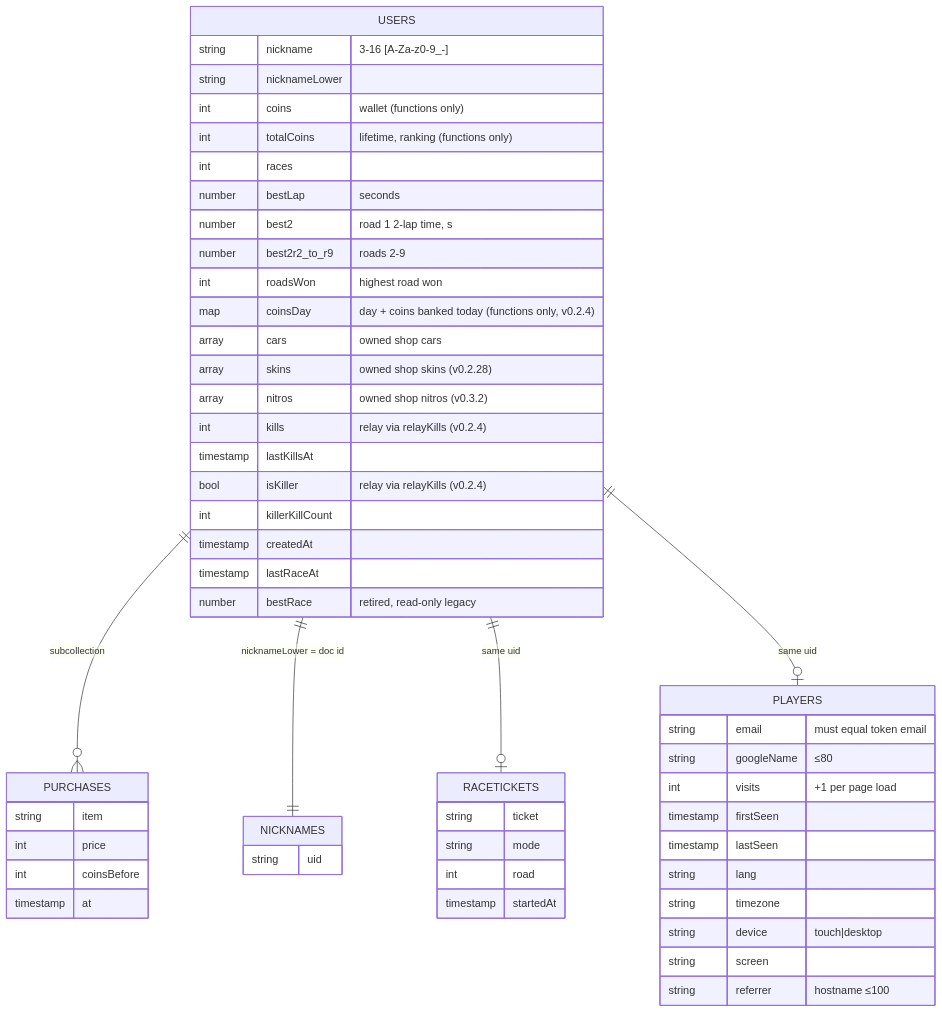
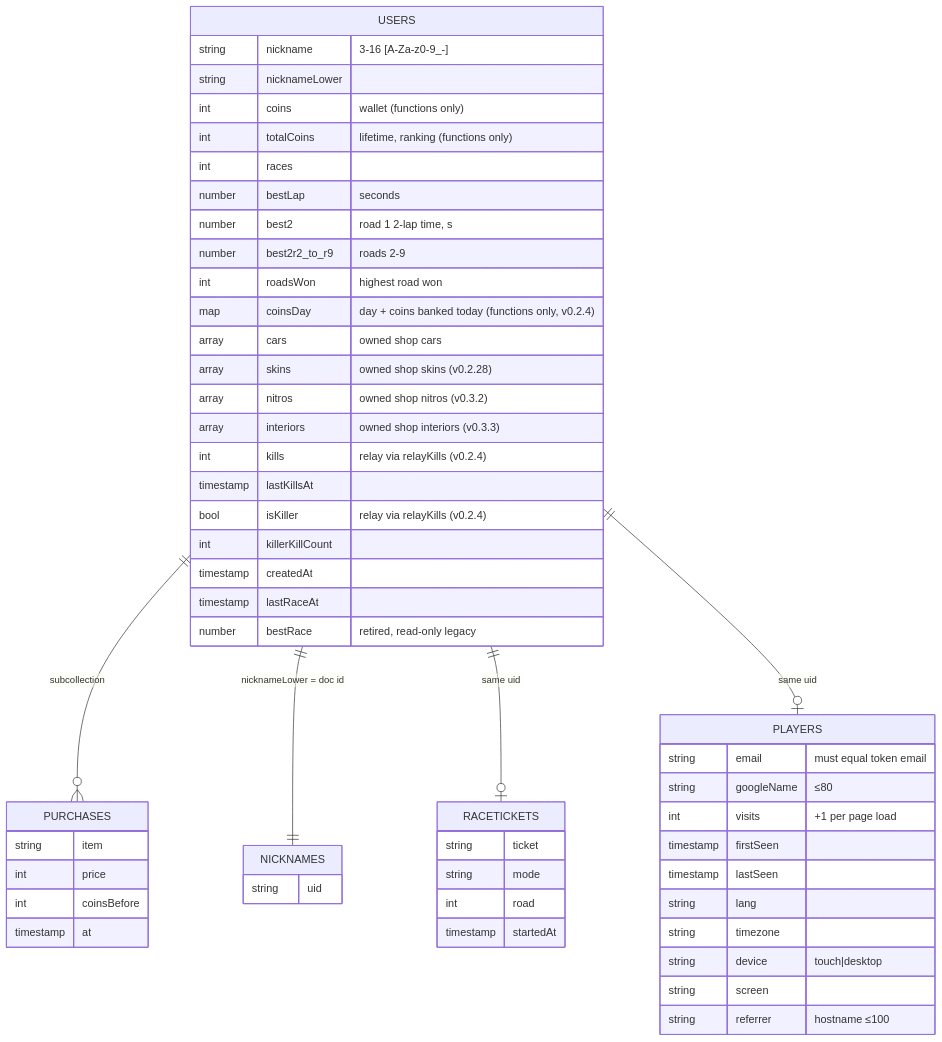
Before and after one commit to kalk1t/neon_c: the diagram in techplan/05-data.md, drawn with Mermaid. The commit also changed other lines of this file and 8 other files, not shown here.

````diff
--- a/techplan/05-data.md
+++ b/techplan/05-data.md
@@ -7,44 +7,45 @@
 ```mermaid
 erDiagram
   USERS ||--o{ PURCHASES : "subcollection"
   USERS ||--|| NICKNAMES : "nicknameLower = doc id"
   USERS ||--o| RACETICKETS : "same uid"
   USERS ||--o| PLAYERS : "same uid"
   USERS {
     string nickname "3-16 [A-Za-z0-9_-]"
     string nicknameLower
     int coins "wallet (functions only)"
     int totalCoins "lifetime, ranking (functions only)"
     int races
     number bestLap "seconds"
     number best2 "road 1 2-lap time, s"
     number best2r2_to_r9 "roads 2-9"
     int roadsWon "highest road won"
     map coinsDay "day + coins banked today (functions only, v0.2.4)"
     array cars "owned shop cars"
     array skins "owned shop skins (v0.2.28)"
     array nitros "owned shop nitros (v0.3.2)"
+    array interiors "owned shop interiors (v0.3.3)"
     int kills "relay via relayKills (v0.2.4)"
     timestamp lastKillsAt
     bool isKiller "relay via relayKills (v0.2.4)"
     int killerKillCount
     timestamp createdAt
     timestamp lastRaceAt
     number bestRace "retired, read-only legacy"
   }
   NICKNAMES { string uid }
   PURCHASES { string item  int price  int coinsBefore  timestamp at }
   RACETICKETS { string ticket  string mode  int road  timestamp startedAt }
   PLAYERS {
     string email "must equal token email"
     string googleName "≤80"
     int visits "+1 per page load"
     timestamp firstSeen
     timestamp lastSeen
     string lang
     string timezone
     string device "touch|desktop"
     string screen
     string referrer "hostname ≤100"
   }
 ```
````
